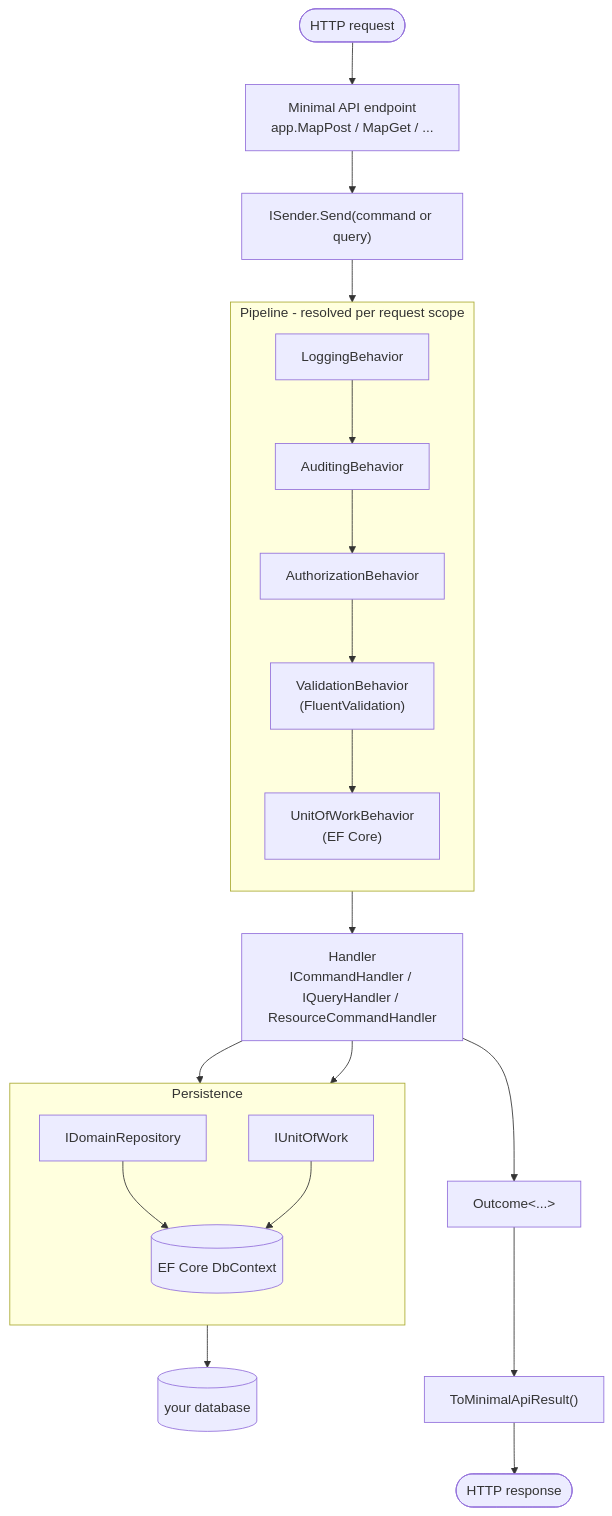
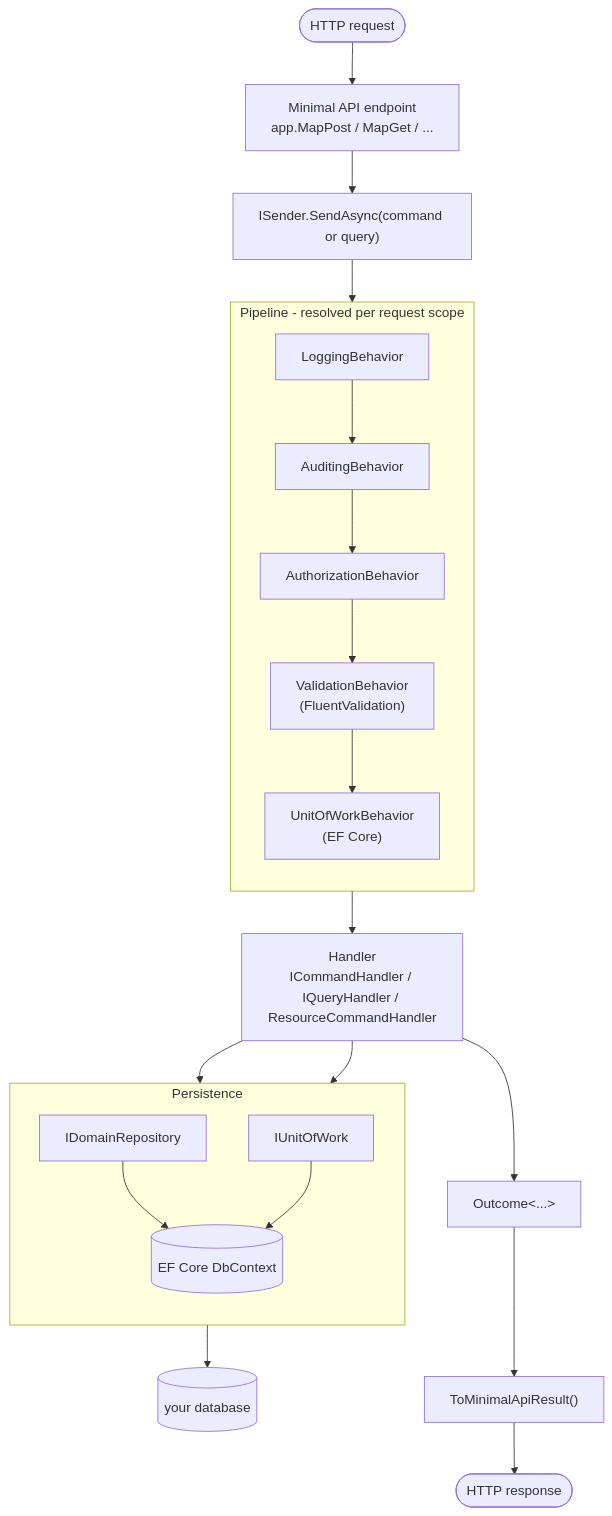
Before and after one commit to rheone/interlocutor: the first of 3 diagrams in documentation/beginners-guide-todo-api.md, drawn with Mermaid. The commit also changed other lines of this file and 1 other file, not shown here.

First line of the commit message:
docs: fix stale pre-Async dispatch member names in tutorial docs

````diff
--- a/documentation/beginners-guide-todo-api.md
+++ b/documentation/beginners-guide-todo-api.md
@@ -35,30 +35,30 @@
 ```mermaid
 flowchart TD
     Client(["HTTP request"]) --> Endpoint["Minimal API endpoint<br/>app.MapPost / MapGet / ..."]
-    Endpoint --> Sender["ISender.Send(command or query)"]
+    Endpoint --> Sender["ISender.SendAsync(command or query)"]
     Sender --> Logging
 
     subgraph Pipeline ["Pipeline - resolved per request scope"]
         direction TB
         Logging["LoggingBehavior"] --> Auditing["AuditingBehavior"]
         Auditing --> Authorization["AuthorizationBehavior"]
         Authorization --> Validation["ValidationBehavior<br/>(FluentValidation)"]
         Validation --> UnitOfWork["UnitOfWorkBehavior<br/>(EF Core)"]
     end
 
     UnitOfWork --> Handler["Handler<br/>ICommandHandler / IQueryHandler / ResourceCommandHandler"]
 
     subgraph Persistence ["Persistence"]
         direction TB
         Repository["IDomainRepository"] --> Session[("EF Core DbContext")]
         UoW["IUnitOfWork"] --> Session
     end
 
     Handler --> Repository
     Handler --> UoW
     Session --> Database[("your database")]
 
     Handler --> Outcome["Outcome&lt;...&gt;"]
     Outcome --> Result["ToMinimalApiResult()"]
     Result --> Response(["HTTP response"])
 ```
````
